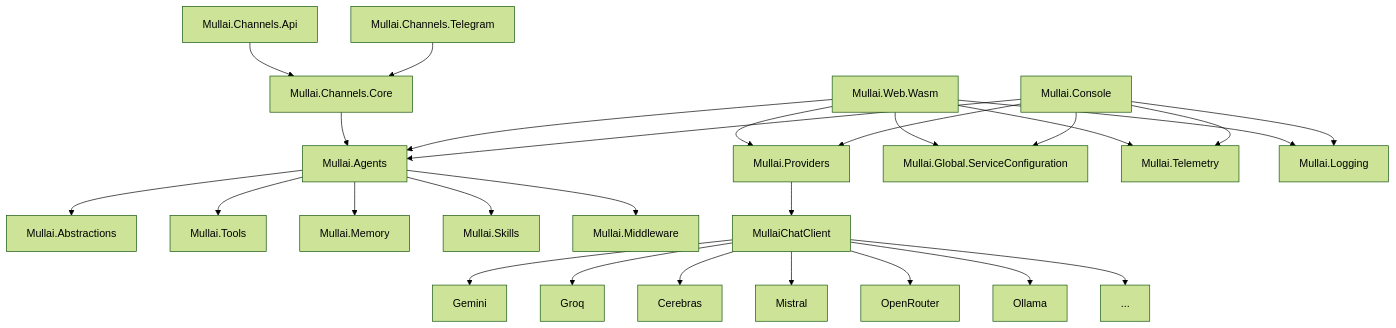
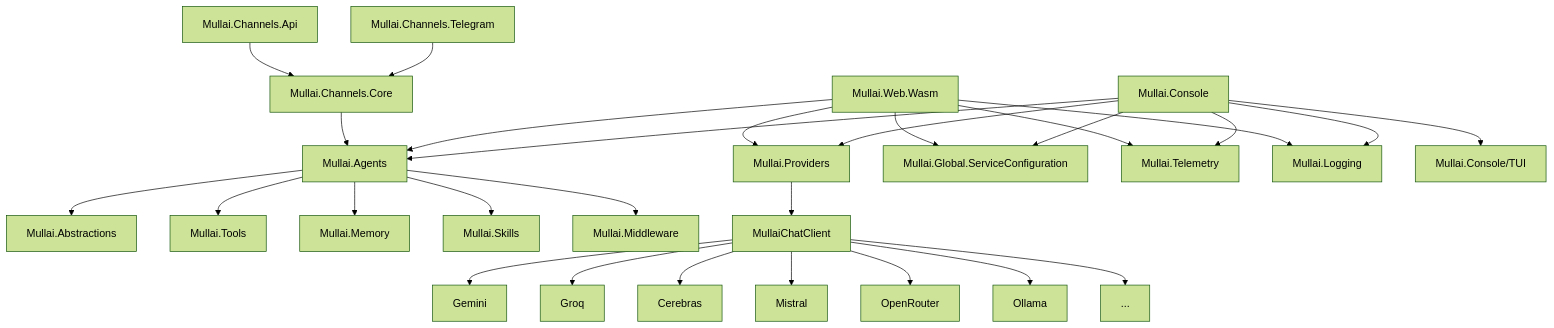
Before and after one commit to agentmatters/mullai-bot: the diagram in README.md, drawn with Mermaid (forest theme). The commit also changed other lines of this file, not shown here.

Commit message:
docs: update README to include TUI features and improvements

````diff
--- a/README.md
+++ b/README.md
@@ -49,33 +80,34 @@
 ```mermaid
 graph TD;
     Agents[Mullai.Agents] --> Abstractions[Mullai.Abstractions];
     Agents --> Tools[Mullai.Tools];
     Agents --> Memory[Mullai.Memory];
     Agents --> Skills[Mullai.Skills];
     Agents --> Middleware[Mullai.Middleware];
     
     Host[Mullai.Console] --> Agents;
     Host --> Providers[Mullai.Providers];
     Host --> Config[Mullai.Global.ServiceConfiguration];
     Host --> Telemetry[Mullai.Telemetry];
     Host --> Logging[Mullai.Logging];
-
+    Host --> TUI[Mullai.Console/TUI];
+    
     Web[Mullai.Web.Wasm] --> Agents;
     Web --> Providers;
     Web --> Config;
     Web --> Telemetry;
     Web --> Logging;
 
     Providers --> MullaiChatClient[MullaiChatClient];
     MullaiChatClient --> Gemini[Gemini];
     MullaiChatClient --> Groq[Groq];
     MullaiChatClient --> Cerebras[Cerebras];
     MullaiChatClient --> Mistral[Mistral];
     MullaiChatClient --> OpenRouter[OpenRouter];
     MullaiChatClient --> Ollama[Ollama];
     MullaiChatClient --> More[...];
 
     ChannelsCore[Mullai.Channels.Core] --> Agents;
     ChannelsTelegram[Mullai.Channels.Telegram] --> ChannelsCore;
     ChannelsApi[Mullai.Channels.Api] --> ChannelsCore;
 ```
````
